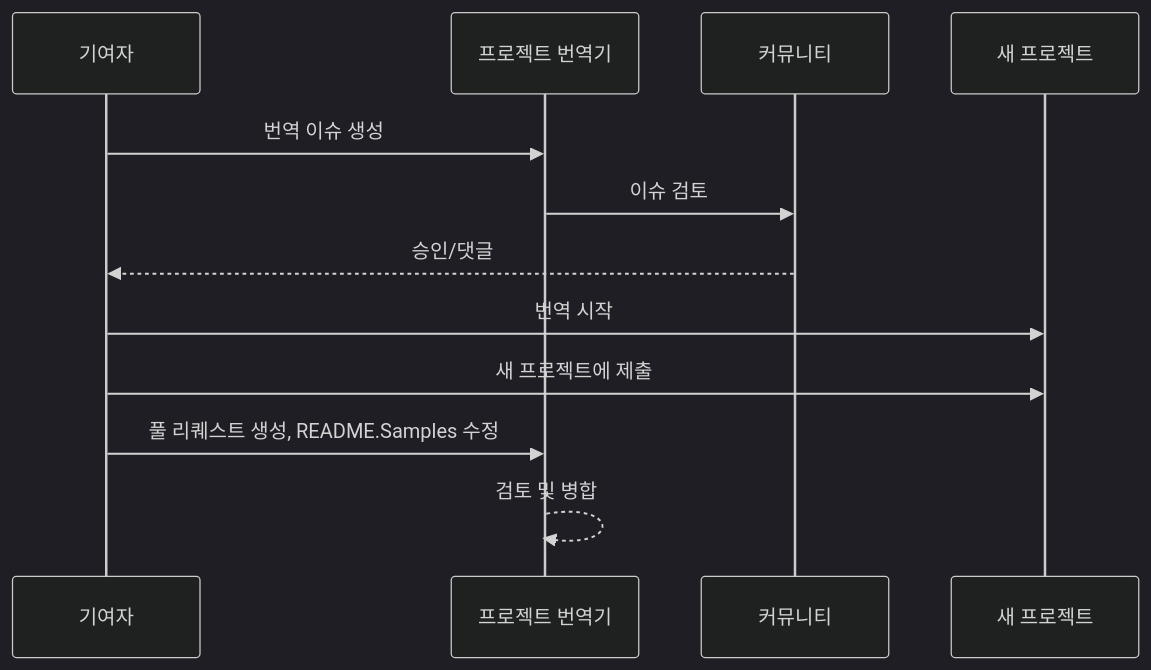
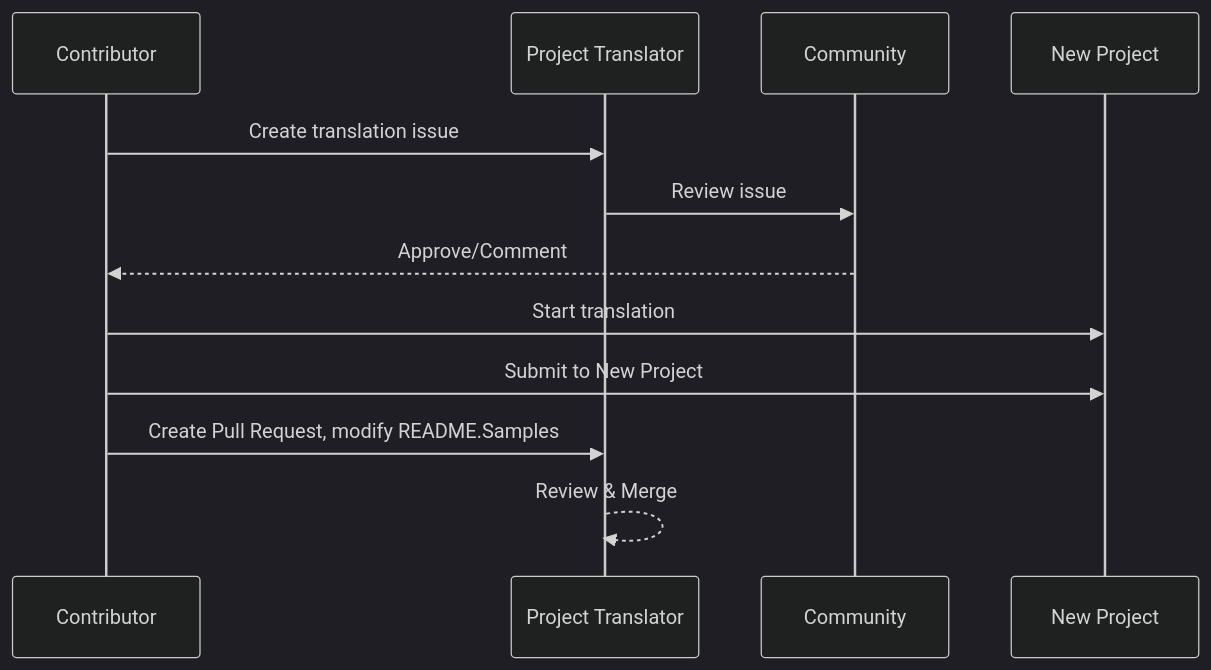
The diagram in readmes/README.ko-kr.md (Project-Translation/project_translator), drawn with Mermaid (dark theme) before and after one commit. The commit also changed other lines of this file and 73 other files, not shown here.

First line of the commit message:
feat: Update translation project configuration and localization files

````diff
--- a/readmes/README.ko-kr.md
+++ b/readmes/README.ko-kr.md
@@ -51,10 +50,10 @@
 ```mermaid
 sequenceDiagram
-  기여자->>프로젝트 번역기: 번역 이슈 생성
-  프로젝트 번역기->>커뮤니티: 이슈 검토
-  커뮤니티-->>기여자: 승인/댓글
-  기여자->>새 프로젝트: 번역 시작
-  기여자->>새 프로젝트: 새 프로젝트에 제출
-  기여자->>프로젝트 번역기: 풀 리퀘스트 생성, README.Samples 수정
-  프로젝트 번역기-->>프로젝트 번역기: 검토 및 병합
+  Contributor->>Project Translator: Create translation issue
+  Project Translator->>Community: Review issue
+  Community-->>Contributor: Approve/Comment
+  Contributor->>New Project: Start translation
+  Contributor->>New Project: Submit to New Project
+  Contributor->>Project Translator: Create Pull Request, modify README.Samples
+  Project Translator-->>Project Translator: Review & Merge
 ```
````
